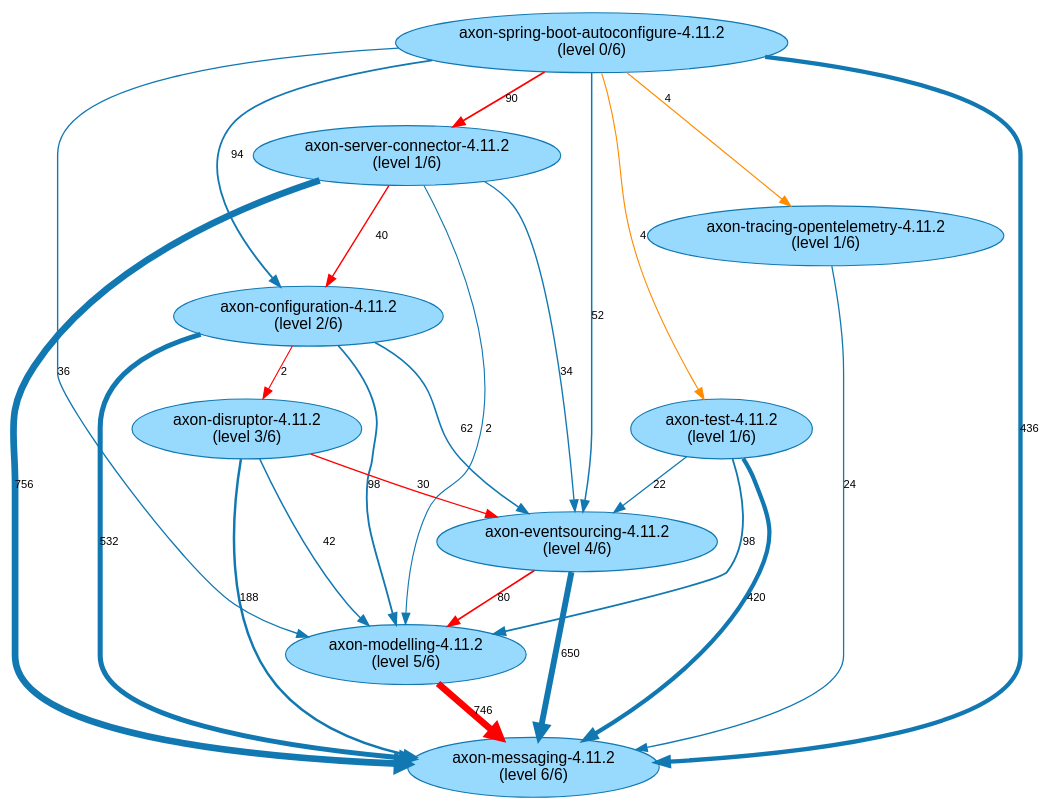
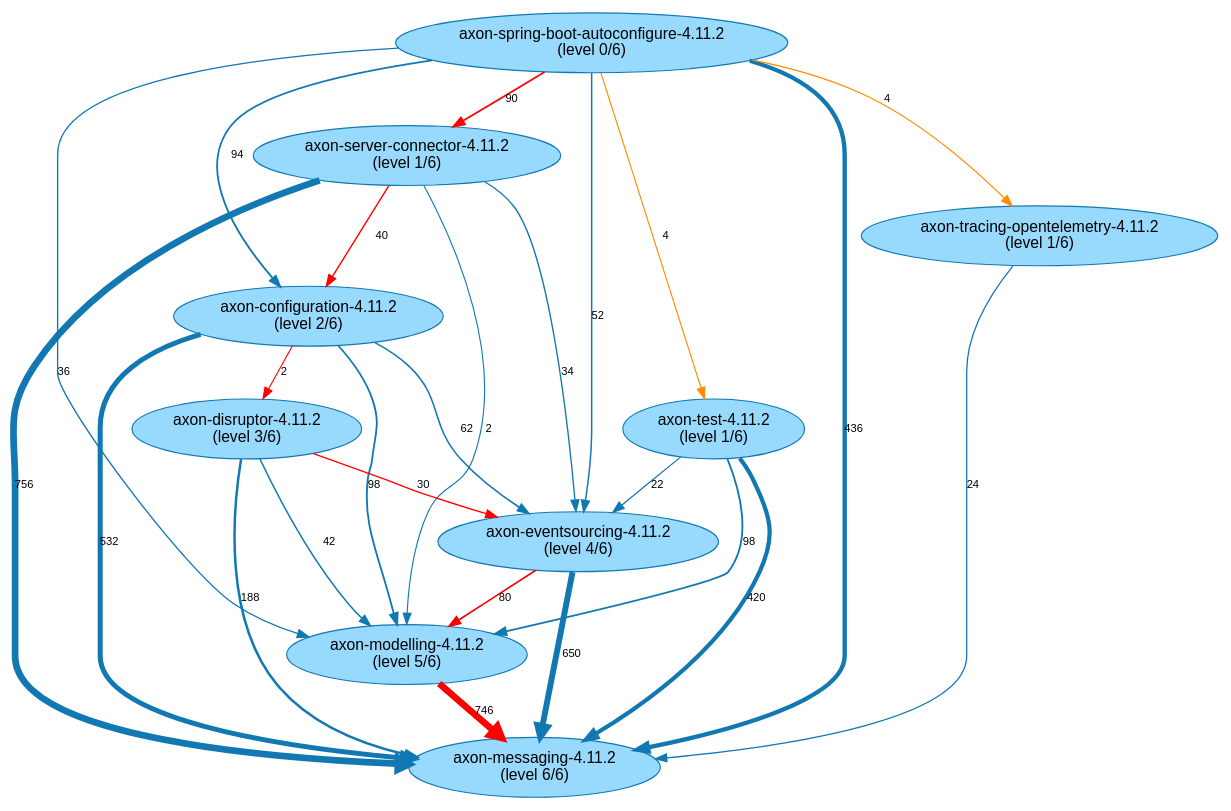
The diagram in analysis-results/AxonFramework/latest/path-finding-visualization/JavaArtifactLongestPaths.gv (JohT/code-graph-analysis-examples), drawn with Graphviz before and after one commit. The commit also changed other lines of this file and 441 other files, not shown here.

```diff
--- a/analysis-results/AxonFramework/latest/path-finding-visualization/JavaArtifactLongestPaths.gv
+++ b/analysis-results/AxonFramework/latest/path-finding-visualization/JavaArtifactLongestPaths.gv
@@ -1,37 +1,37 @@
 // This GraphViz dot file was generated by the script convertQueryResultCsvToGraphVizDotFile.sh with default.template
 
 strict digraph JavaArtifactLongestPaths {
     fontname = "Helvetica,Arial,sans-serif";
     node [fontname = "Helvetica,Arial,sans-serif";];
     edge [fontname = "Helvetica,Arial,sans-serif"; fontsize = 10;];
     node [style = filled; fillcolor = "0.560 0.400 0.999";];
     node [color = "0.560 0.900 0.700";];
     edge [color = "0.560 0.900 0.700";];
-	"axon-server-connector-4.11.2\n(level 1/6)" -> "axon-messaging-4.11.2\n(level 6/6)" [label=756; penwidth=6.0; ];
-	"axon-server-connector-4.11.2\n(level 1/6)" -> "axon-eventsourcing-4.11.2\n(level 4/6)" [label=34; penwidth=1.21; ];
-	"axon-server-connector-4.11.2\n(level 1/6)" -> "axon-configuration-4.11.2\n(level 2/6)" [label=40; penwidth=1.25; color="red"; ];
-	"axon-server-connector-4.11.2\n(level 1/6)" -> "axon-modelling-4.11.2\n(level 5/6)" [label=2; penwidth=1.0; ];
-	"axon-tracing-opentelemetry-4.11.2\n(level 1/6)" -> "axon-messaging-4.11.2\n(level 6/6)" [label=24; penwidth=1.15; ];
-	"axon-modelling-4.11.2\n(level 5/6)" -> "axon-messaging-4.11.2\n(level 6/6)" [label=746; penwidth=5.93; color="red"; ];
 	"axon-eventsourcing-4.11.2\n(level 4/6)" -> "axon-messaging-4.11.2\n(level 6/6)" [label=650; penwidth=5.3; ];
 	"axon-eventsourcing-4.11.2\n(level 4/6)" -> "axon-modelling-4.11.2\n(level 5/6)" [label=80; penwidth=1.52; color="red"; ];
-	"axon-configuration-4.11.2\n(level 2/6)" -> "axon-messaging-4.11.2\n(level 6/6)" [label=532; penwidth=4.51; ];
-	"axon-configuration-4.11.2\n(level 2/6)" -> "axon-modelling-4.11.2\n(level 5/6)" [label=98; penwidth=1.64; ];
-	"axon-configuration-4.11.2\n(level 2/6)" -> "axon-eventsourcing-4.11.2\n(level 4/6)" [label=62; penwidth=1.4; ];
-	"axon-configuration-4.11.2\n(level 2/6)" -> "axon-disruptor-4.11.2\n(level 3/6)" [label=2; penwidth=1.0; color="red"; ];
-	"axon-spring-boot-autoconfigure-4.11.2\n(level 0/6)" -> "axon-configuration-4.11.2\n(level 2/6)" [label=94; penwidth=1.61; ];
-	"axon-spring-boot-autoconfigure-4.11.2\n(level 0/6)" -> "axon-server-connector-4.11.2\n(level 1/6)" [label=90; penwidth=1.58; color="red"; ];
-	"axon-spring-boot-autoconfigure-4.11.2\n(level 0/6)" -> "axon-messaging-4.11.2\n(level 6/6)" [label=436; penwidth=3.88; ];
-	"axon-spring-boot-autoconfigure-4.11.2\n(level 0/6)" -> "axon-eventsourcing-4.11.2\n(level 4/6)" [label=52; penwidth=1.33; ];
-	"axon-spring-boot-autoconfigure-4.11.2\n(level 0/6)" -> "axon-test-4.11.2\n(level 1/6)" [label=4; penwidth=1.01; ];
-	"axon-spring-boot-autoconfigure-4.11.2\n(level 0/6)" -> "axon-modelling-4.11.2\n(level 5/6)" [label=36; penwidth=1.23; ];
-	"axon-spring-boot-autoconfigure-4.11.2\n(level 0/6)" -> "axon-tracing-opentelemetry-4.11.2\n(level 1/6)" [label=4; penwidth=1.01; ];
+	"axon-server-connector-4.11.2\n(level 1/6)" -> "axon-messaging-4.11.2\n(level 6/6)" [label=756; penwidth=6.0; ];
+	"axon-server-connector-4.11.2\n(level 1/6)" -> "axon-configuration-4.11.2\n(level 2/6)" [label=40; penwidth=1.25; color="red"; ];
+	"axon-server-connector-4.11.2\n(level 1/6)" -> "axon-eventsourcing-4.11.2\n(level 4/6)" [label=34; penwidth=1.21; ];
+	"axon-server-connector-4.11.2\n(level 1/6)" -> "axon-modelling-4.11.2\n(level 5/6)" [label=2; penwidth=1.0; ];
+	"axon-disruptor-4.11.2\n(level 3/6)" -> "axon-messaging-4.11.2\n(level 6/6)" [label=188; penwidth=2.23; ];
 	"axon-disruptor-4.11.2\n(level 3/6)" -> "axon-eventsourcing-4.11.2\n(level 4/6)" [label=30; penwidth=1.19; color="red"; ];
-	"axon-disruptor-4.11.2\n(level 3/6)" -> "axon-messaging-4.11.2\n(level 6/6)" [label=188; penwidth=2.23; ];
 	"axon-disruptor-4.11.2\n(level 3/6)" -> "axon-modelling-4.11.2\n(level 5/6)" [label=42; penwidth=1.27; ];
+	"axon-modelling-4.11.2\n(level 5/6)" -> "axon-messaging-4.11.2\n(level 6/6)" [label=746; penwidth=5.93; color="red"; ];
 	"axon-test-4.11.2\n(level 1/6)" -> "axon-messaging-4.11.2\n(level 6/6)" [label=420; penwidth=3.77; ];
 	"axon-test-4.11.2\n(level 1/6)" -> "axon-modelling-4.11.2\n(level 5/6)" [label=98; penwidth=1.64; ];
 	"axon-test-4.11.2\n(level 1/6)" -> "axon-eventsourcing-4.11.2\n(level 4/6)" [label=22; penwidth=1.13; ];
+	"axon-spring-boot-autoconfigure-4.11.2\n(level 0/6)" -> "axon-test-4.11.2\n(level 1/6)" [label=4; penwidth=1.01; ];
+	"axon-spring-boot-autoconfigure-4.11.2\n(level 0/6)" -> "axon-messaging-4.11.2\n(level 6/6)" [label=436; penwidth=3.88; ];
+	"axon-spring-boot-autoconfigure-4.11.2\n(level 0/6)" -> "axon-configuration-4.11.2\n(level 2/6)" [label=94; penwidth=1.61; ];
+	"axon-spring-boot-autoconfigure-4.11.2\n(level 0/6)" -> "axon-eventsourcing-4.11.2\n(level 4/6)" [label=52; penwidth=1.33; ];
+	"axon-spring-boot-autoconfigure-4.11.2\n(level 0/6)" -> "axon-server-connector-4.11.2\n(level 1/6)" [label=90; penwidth=1.58; color="red"; ];
+	"axon-spring-boot-autoconfigure-4.11.2\n(level 0/6)" -> "axon-modelling-4.11.2\n(level 5/6)" [label=36; penwidth=1.23; ];
+	"axon-spring-boot-autoconfigure-4.11.2\n(level 0/6)" -> "axon-tracing-opentelemetry-4.11.2\n(level 1/6)" [label=4; penwidth=1.01; ];
+	"axon-configuration-4.11.2\n(level 2/6)" -> "axon-messaging-4.11.2\n(level 6/6)" [label=532; penwidth=4.51; ];
+	"axon-configuration-4.11.2\n(level 2/6)" -> "axon-eventsourcing-4.11.2\n(level 4/6)" [label=62; penwidth=1.4; ];
+	"axon-configuration-4.11.2\n(level 2/6)" -> "axon-modelling-4.11.2\n(level 5/6)" [label=98; penwidth=1.64; ];
+	"axon-configuration-4.11.2\n(level 2/6)" -> "axon-disruptor-4.11.2\n(level 3/6)" [label=2; penwidth=1.0; color="red"; ];
+	"axon-tracing-opentelemetry-4.11.2\n(level 1/6)" -> "axon-messaging-4.11.2\n(level 6/6)" [label=24; penwidth=1.15; ];
+	"axon-spring-boot-autoconfigure-4.11.2\n(level 0/6)" -> "axon-test-4.11.2\n(level 1/6)" [label=4; penwidth=1.01; color="darkorange"; ];
 	"axon-spring-boot-autoconfigure-4.11.2\n(level 0/6)" -> "axon-tracing-opentelemetry-4.11.2\n(level 1/6)" [label=4; penwidth=1.01; color="darkorange"; ];
-	"axon-spring-boot-autoconfigure-4.11.2\n(level 0/6)" -> "axon-test-4.11.2\n(level 1/6)" [label=4; penwidth=1.01; color="darkorange"; ];
 }
```
